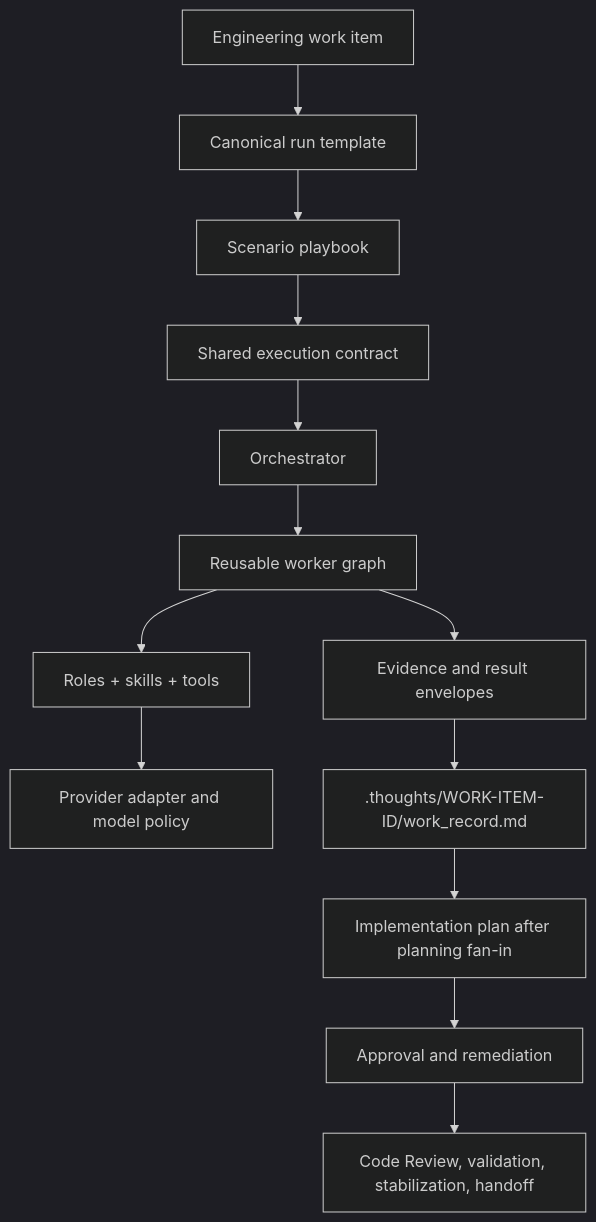
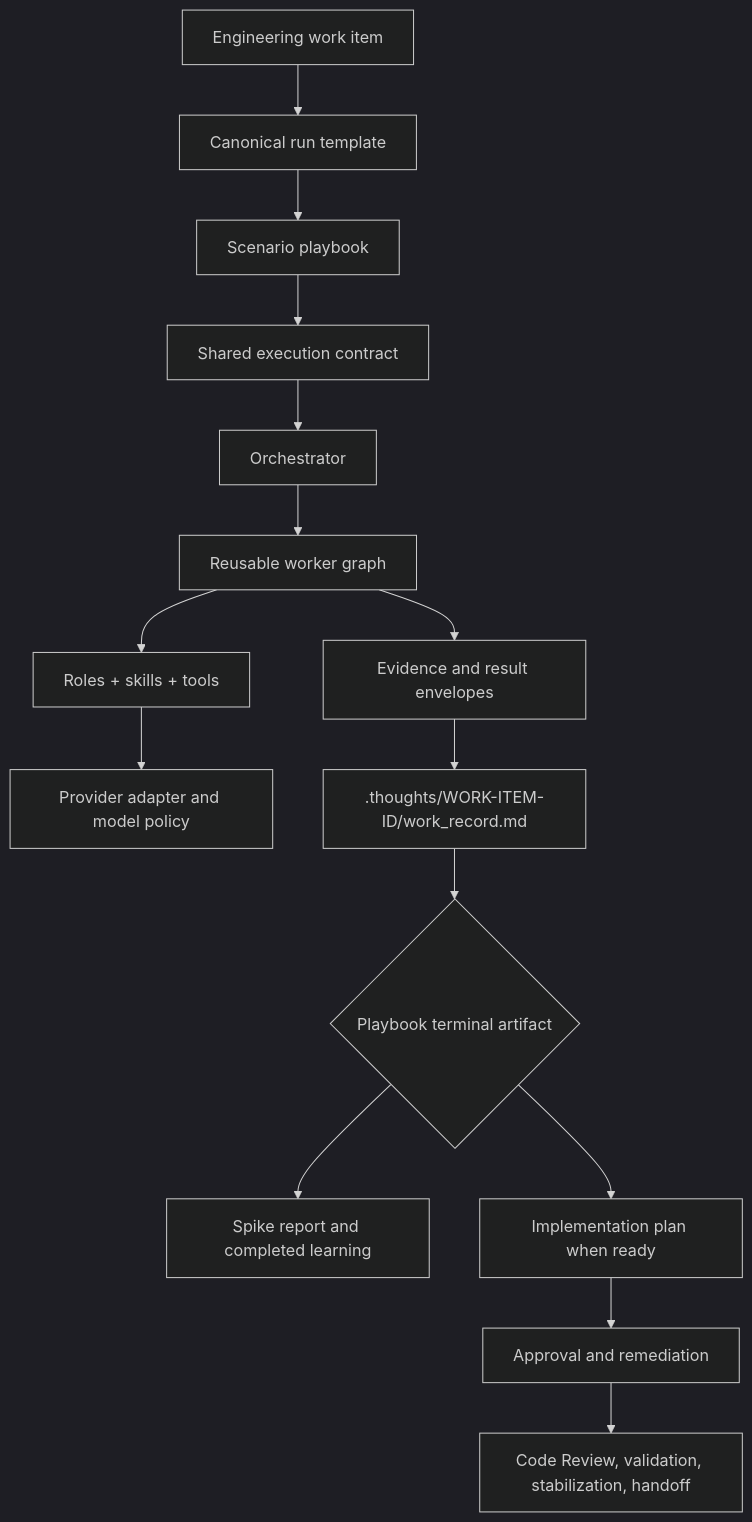
The first of 6 diagrams in PLAYBOOK_CATALOG.md (daniel-galvan/ai-engineering-workflow-framework), drawn with Mermaid (dark theme) before and after one commit. The commit also changed other lines of this file and 23 other files, not shown here.

Commit message:
Add Technical Spike playbook

````diff
--- a/PLAYBOOK_CATALOG.md
+++ b/PLAYBOOK_CATALOG.md
@@ -16,15 +16,17 @@
 ```mermaid
 flowchart TB
     A["Engineering work item"] --> B["Canonical run template"]
     B --> C["Scenario playbook"]
     C --> D["Shared execution contract"]
     D --> E["Orchestrator"]
     E --> F["Reusable worker graph"]
     F --> G["Roles + skills + tools"]
     G --> H["Provider adapter and model policy"]
     F --> I["Evidence and result envelopes"]
     I --> J[".thoughts/WORK-ITEM-ID/work_record.md"]
-    J --> K["Implementation plan after planning fan-in"]
-    K --> L["Approval and remediation"]
-    L --> M["Code Review, validation, stabilization, handoff"]
+    J --> K{"Playbook terminal artifact"}
+    K --> L["Spike report and completed learning"]
+    K --> M["Implementation plan when ready"]
+    M --> N["Approval and remediation"]
+    N --> O["Code Review, validation, stabilization, handoff"]
 ```
````
